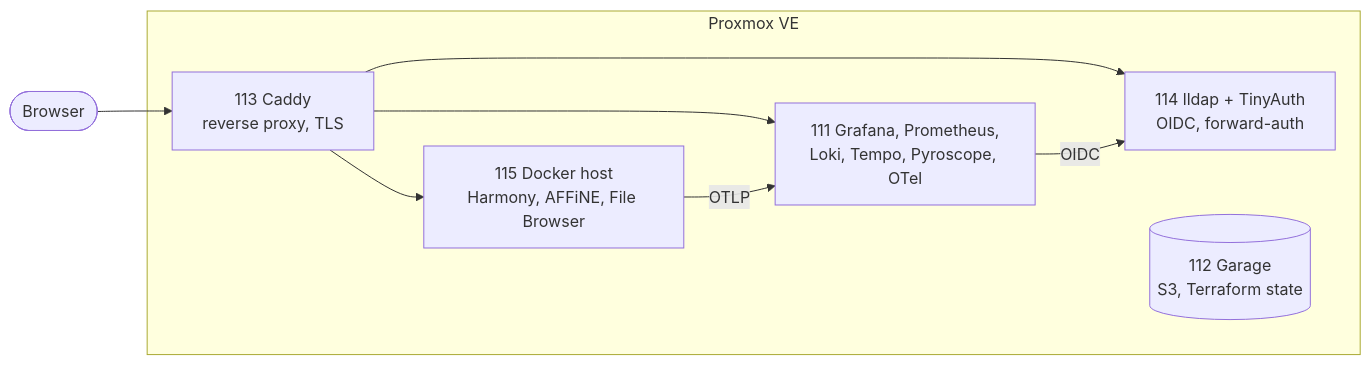
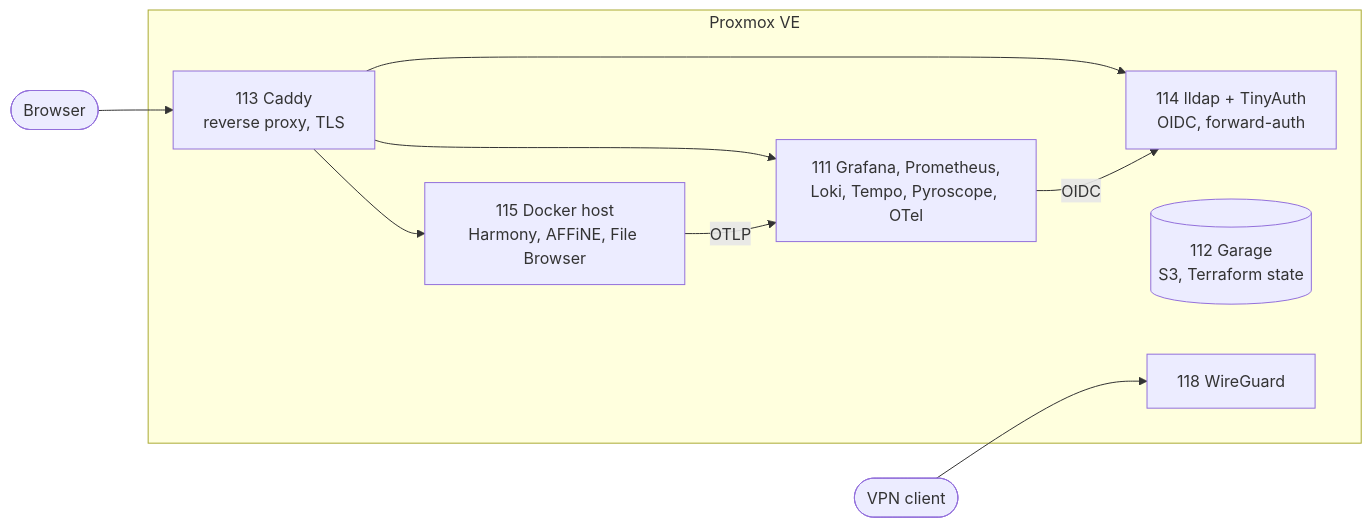
Before and after one commit to aBgAmeuR/homelab: the diagram in README.md, drawn with Mermaid. The commit also changed other lines of this file and 29 other files, not shown here.

````diff
--- a/README.md
+++ b/README.md
@@ -11,16 +11,18 @@
 ```mermaid
 flowchart LR
     user([Browser]) --> caddy
     subgraph pve[Proxmox VE]
         caddy[113 Caddy<br/>reverse proxy, TLS]
         auth[114 lldap + TinyAuth<br/>OIDC, forward-auth]
         mon[111 Grafana, Prometheus,<br/>Loki, Tempo, Pyroscope, OTel]
         dock[115 Docker host<br/>Harmony, AFFiNE, File Browser]
         garage[(112 Garage<br/>S3, Terraform state)]
+        vpn[118 WireGuard]
     end
+    client([VPN client]) --> vpn
     caddy --> auth
     caddy --> mon
     caddy --> dock
     dock -- OTLP --> mon
     mon -- OIDC --> auth
 ```
````
